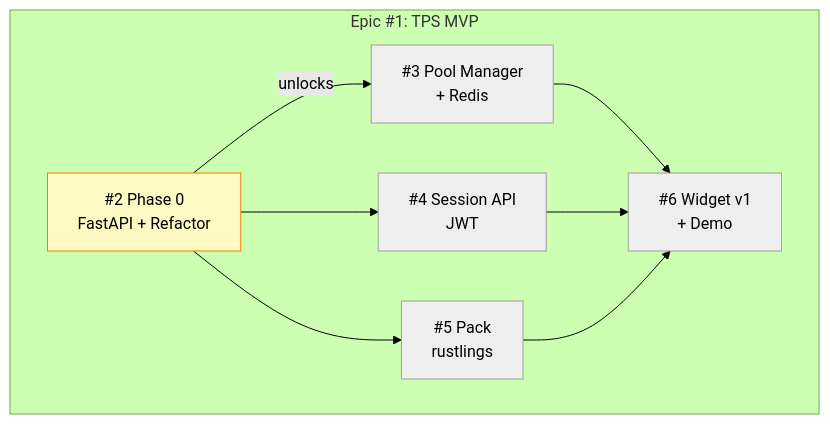
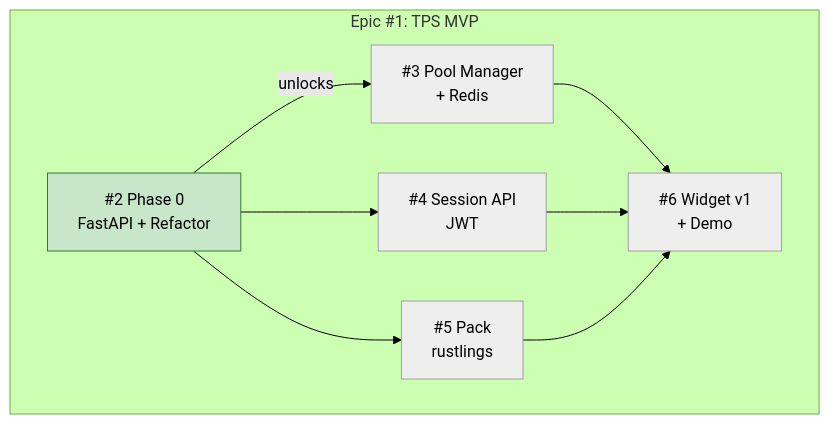
The diagram in docs/proposals/epic-1-tps-mvp/progress.md (info-tech-io/web-terminal), drawn with Mermaid (forest theme) before and after one commit. The commit also changed other lines of this file and 20 other files, not shown here.

````diff
--- a/docs/proposals/epic-1-tps-mvp/progress.md
+++ b/docs/proposals/epic-1-tps-mvp/progress.md
@@ -5,17 +5,17 @@
 ```mermaid
 graph TD
     subgraph "Epic #1: TPS MVP"
         A["#2 Phase 0\nFastAPI + Refactor"] -->|unlocks| B["#3 Pool Manager\n+ Redis"]
         A --> C["#4 Session API\nJWT"]
         A --> D["#5 Pack\nrustlings"]
         B --> E["#6 Widget v1\n+ Demo"]
         C --> E
         D --> E
     end
 
-    style A fill:#fff9c4,stroke:#f57c00
+    style A fill:#c8e6c9,stroke:#2e7d32
     style B fill:#eeeeee,stroke:#9e9e9e
     style C fill:#eeeeee,stroke:#9e9e9e
     style D fill:#eeeeee,stroke:#9e9e9e
     style E fill:#eeeeee,stroke:#9e9e9e
 ```
````
